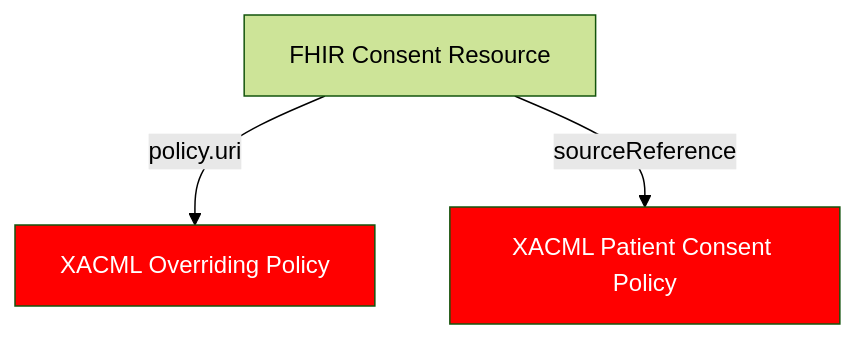
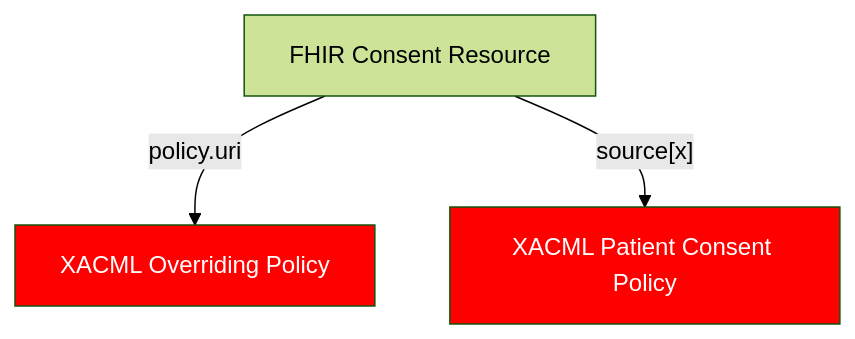
One commit to JohnMoehrke/xacml-consent changed the diagram in input/pagecontent/index.md. Above: the diagram before and after it, drawn with Mermaid (forest theme). The commit also changed other lines of this file and 1 other file, not shown here.

Commit message:
add a simple consent with just references.

```diff
--- a/input/pagecontent/index.md
+++ b/input/pagecontent/index.md
@@ -13,8 +13,8 @@
 ~~~mermaid
 graph TD
     A[FHIR Consent Resource] -->|policy.uri| B[XACML Overriding Policy]
-    A -->|sourceReference| C[XACML Patient Consent Policy]
+    A -->|"source[x]"| C[XACML Patient Consent Policy]
     style B fill:#ff0000,color:#fff
     style C fill:#ff0000,color:#fff
 
 ~~~
```
